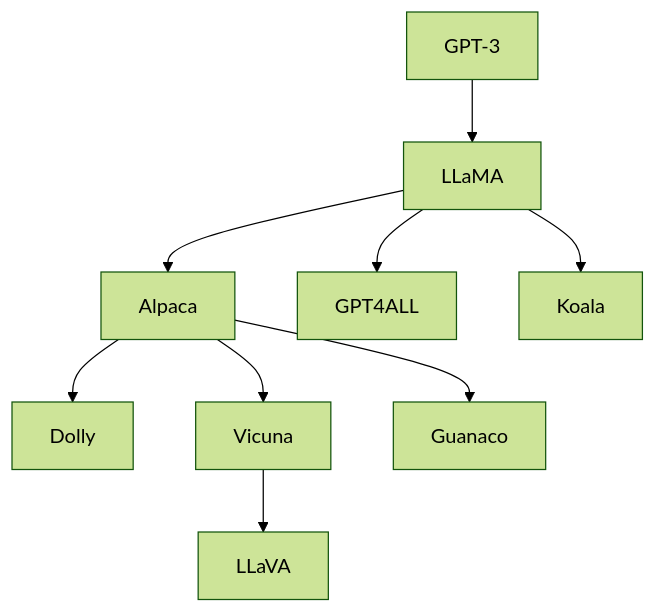
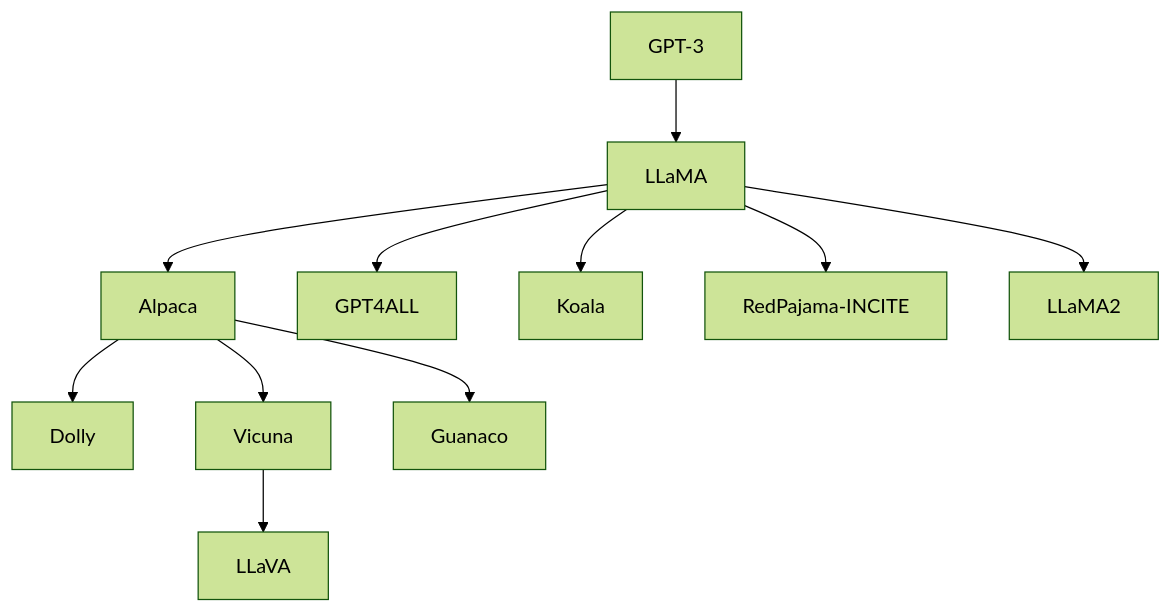
Before and after one commit to ted-sharp/chatvox: diagram 18 of 23 in doc/llm.md, drawn with Mermaid (forest theme). The commit also changed other lines of this file, not shown here.

````diff
--- a/doc/llm.md
+++ b/doc/llm.md
@@ -814,10 +833,13 @@
 ```mermaid
 flowchart
 
 GPT-3 --> LLaMA --> Alpaca --> Dolly
 Alpaca --> Vicuna
 LLaMA --> GPT4ALL
 LLaMA --> Koala
+LLaMA --> RedPajama-INCITE
 Vicuna --> LLaVA
 Alpaca --> Guanaco
+LLaMA --> LLaMA2
+
 ```
````
